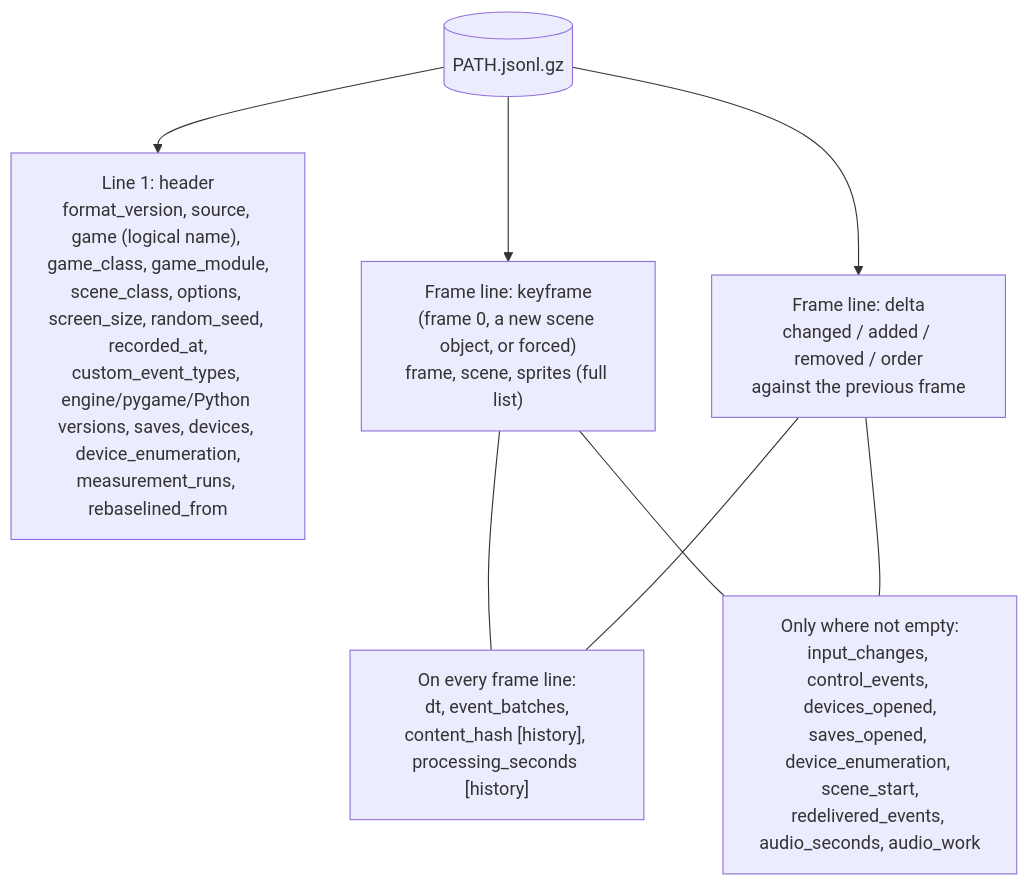
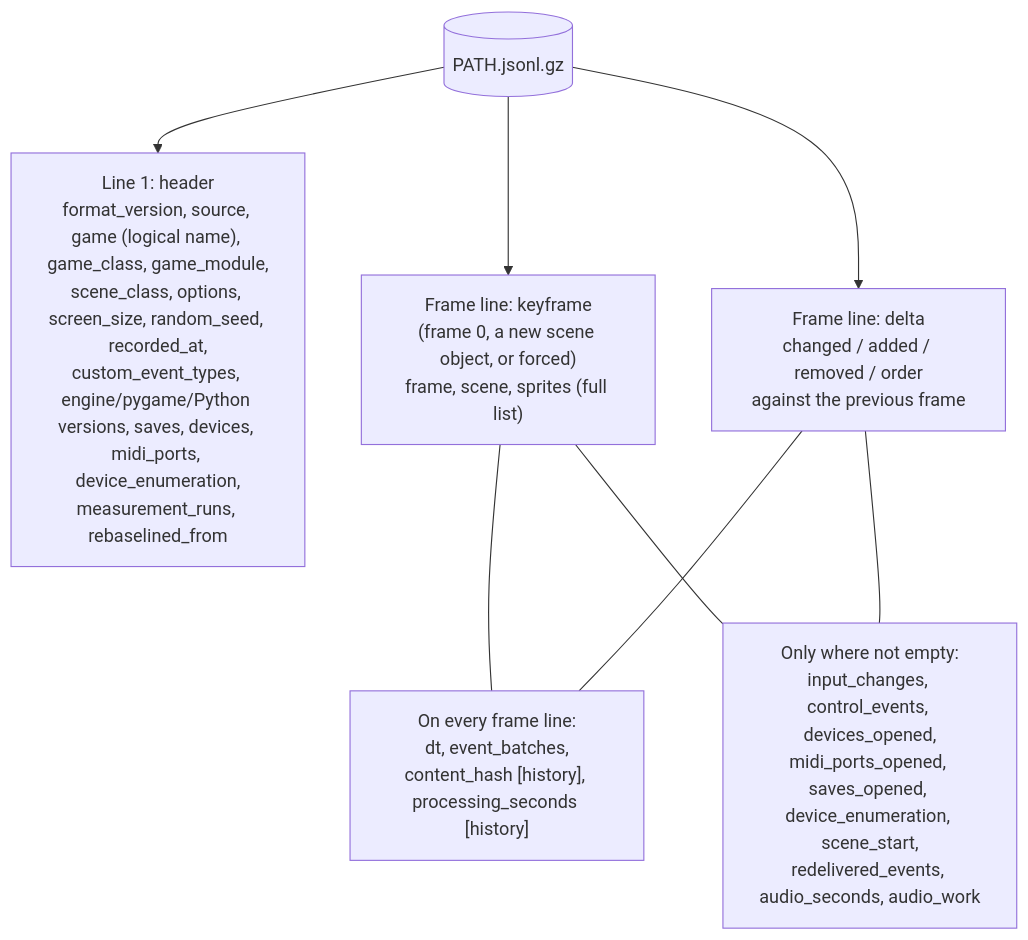
The first of 2 diagrams in docs/architecture/playback/recording-file.md (terrysimons/glitchygames), drawn with Mermaid before and after one commit. The commit also changed other lines of this file and 38 other files, not shown here.

Commit message:
MIDI devices: input and output through the devices door (#316)

````diff
--- a/docs/architecture/playback/recording-file.md
+++ b/docs/architecture/playback/recording-file.md
@@ -17,17 +17,17 @@
 ```mermaid
 flowchart TD
     file[("PATH.jsonl.gz")]
-    header["Line 1: header<br/>format_version, source, game (logical name), game_class, game_module,<br/>scene_class, options, screen_size, random_seed, recorded_at,<br/>custom_event_types, engine/pygame/Python versions, saves, devices, device_enumeration,<br/>measurement_runs, rebaselined_from"]
+    header["Line 1: header<br/>format_version, source, game (logical name), game_class, game_module,<br/>scene_class, options, screen_size, random_seed, recorded_at,<br/>custom_event_types, engine/pygame/Python versions, saves, devices, midi_ports, device_enumeration,<br/>measurement_runs, rebaselined_from"]
     key["Frame line: keyframe<br/>(frame 0, a new scene object, or forced)<br/>frame, scene, sprites (full list)"]
     delta["Frame line: delta<br/>changed / added / removed / order<br/>against the previous frame"]
     always["On every frame line:<br/>dt, event_batches,<br/>content_hash [history], processing_seconds [history]"]
-    sometimes["Only where not empty:<br/>input_changes, control_events, devices_opened,<br/>saves_opened, device_enumeration, scene_start,<br/>redelivered_events, audio_seconds, audio_work"]
+    sometimes["Only where not empty:<br/>input_changes, control_events, devices_opened,<br/>midi_ports_opened, saves_opened, device_enumeration, scene_start,<br/>redelivered_events, audio_seconds, audio_work"]
 
     file --> header
     file --> key
     file --> delta
     key --- always
     delta --- always
     key --- sometimes
     delta --- sometimes
 ```
````
